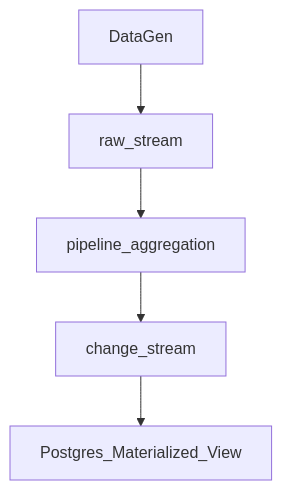
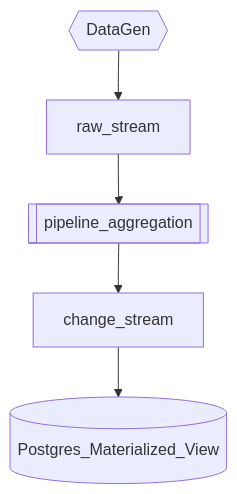
Before and after one commit to decodableco/examples: the diagram in change-streams/README.md, drawn with Mermaid.

````diff
--- a/change-streams/README.md
+++ b/change-streams/README.md
@@ -5,4 +5,5 @@
 ```mermaid
-graph TD;
-    DataGen-->raw_stream-->pipeline_aggregation-->change_stream-->Postgres_Materialized_View;
+flowchart TD;
+    dg{{DataGen}}-->raw_stream-->pl[[pipeline_aggregation]]-->change_stream-->
+    pg[(Postgres_Materialized_View)];
 ```
````
